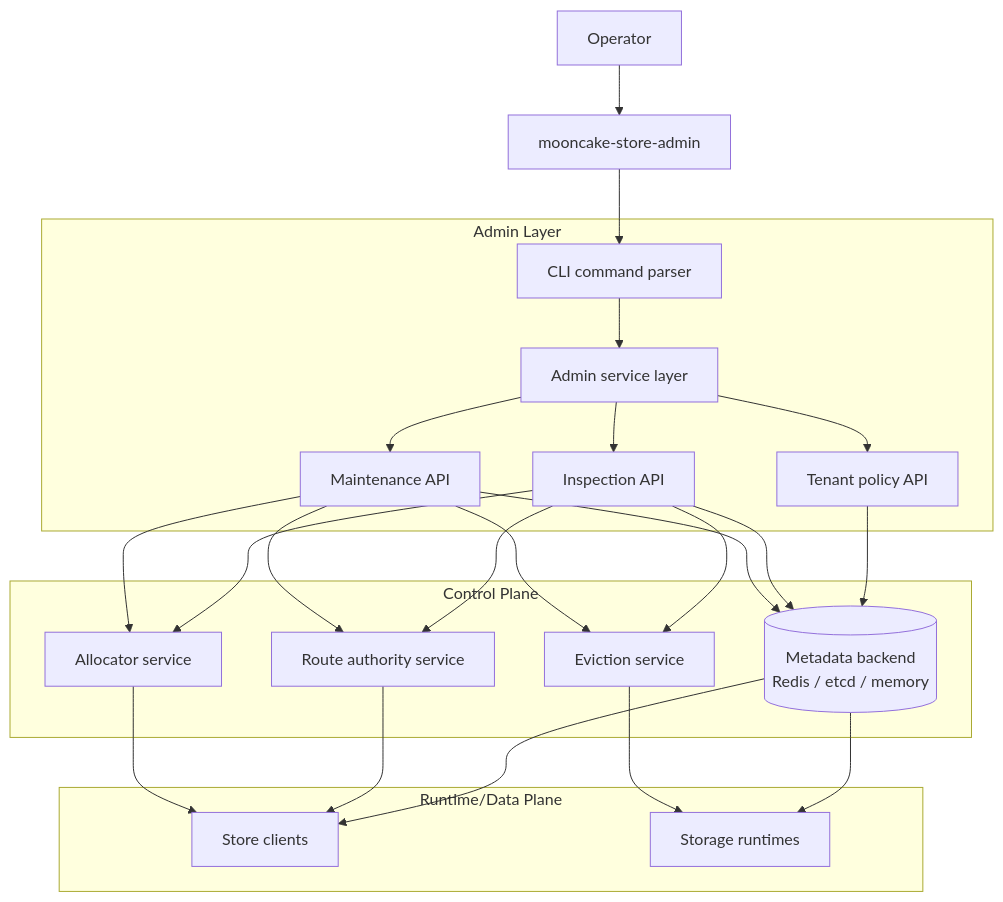
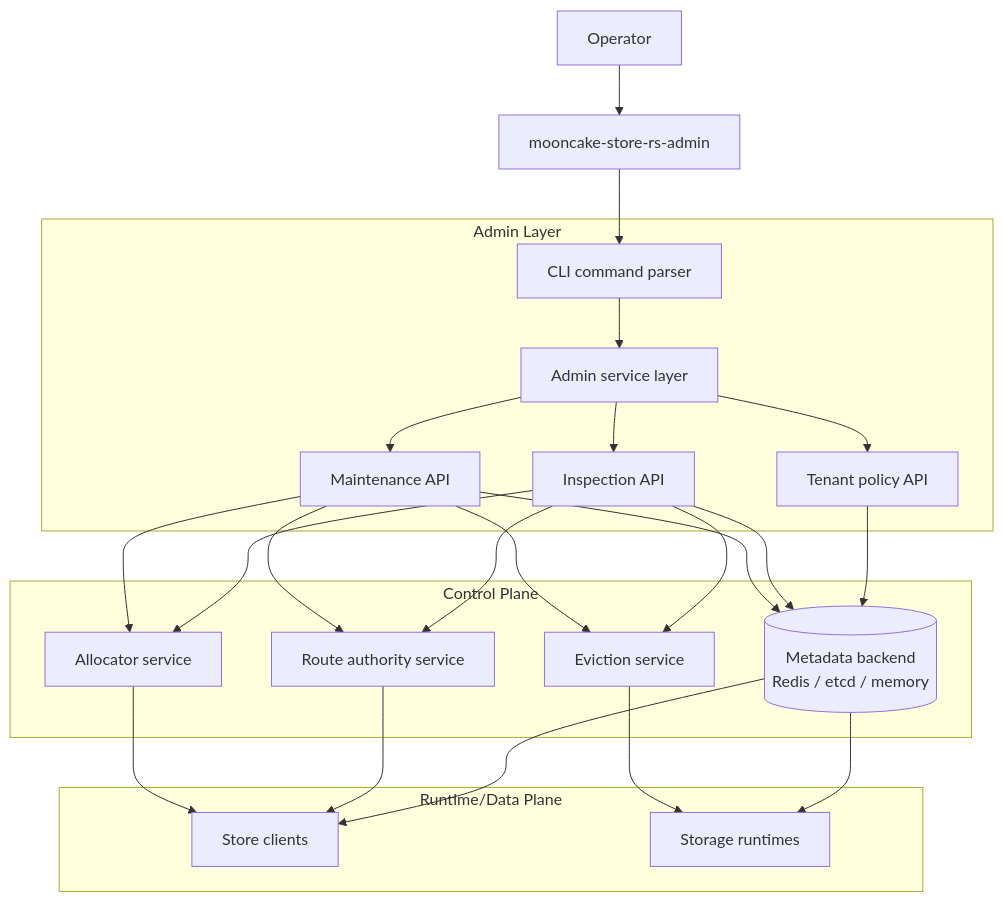
One commit to kvcache-ai/Mooncake changed the first of 4 diagrams in mooncake-store-rs/docs/multi-tenant-admin-control-plane-design.md. Above: the diagram before and after it, drawn with Mermaid. The commit also changed other lines of this file and 83 other files, not shown here.

````diff
--- a/mooncake-store-rs/docs/multi-tenant-admin-control-plane-design.md
+++ b/mooncake-store-rs/docs/multi-tenant-admin-control-plane-design.md
@@ -153,48 +153,48 @@
 ```mermaid
 flowchart TB
     operator[Operator]
-    admin[mooncake-store-admin]
+    admin[mooncake-store-rs-admin]
 
     subgraph Admin Layer
         parser[CLI command parser]
         service[Admin service layer]
         policyapi[Tenant policy API]
         inspectapi[Inspection API]
         maintapi[Maintenance API]
     end
 
     subgraph Control Plane
         metadata[(Metadata backend\nRedis / etcd / memory)]
         authority[Route authority service]
         allocator[Allocator service]
         eviction[Eviction service]
     end
 
     subgraph Runtime/Data Plane
         clients[Store clients]
         storage[Storage runtimes]
     end
 
     operator --> admin
     admin --> parser
     parser --> service
     service --> policyapi
     service --> inspectapi
     service --> maintapi
 
     policyapi --> metadata
     inspectapi --> metadata
     inspectapi --> authority
     inspectapi --> allocator
     inspectapi --> eviction
     maintapi --> metadata
     maintapi --> authority
     maintapi --> allocator
     maintapi --> eviction
 
     metadata --> clients
     metadata --> storage
     authority --> clients
     allocator --> clients
     eviction --> storage
 ```
````
